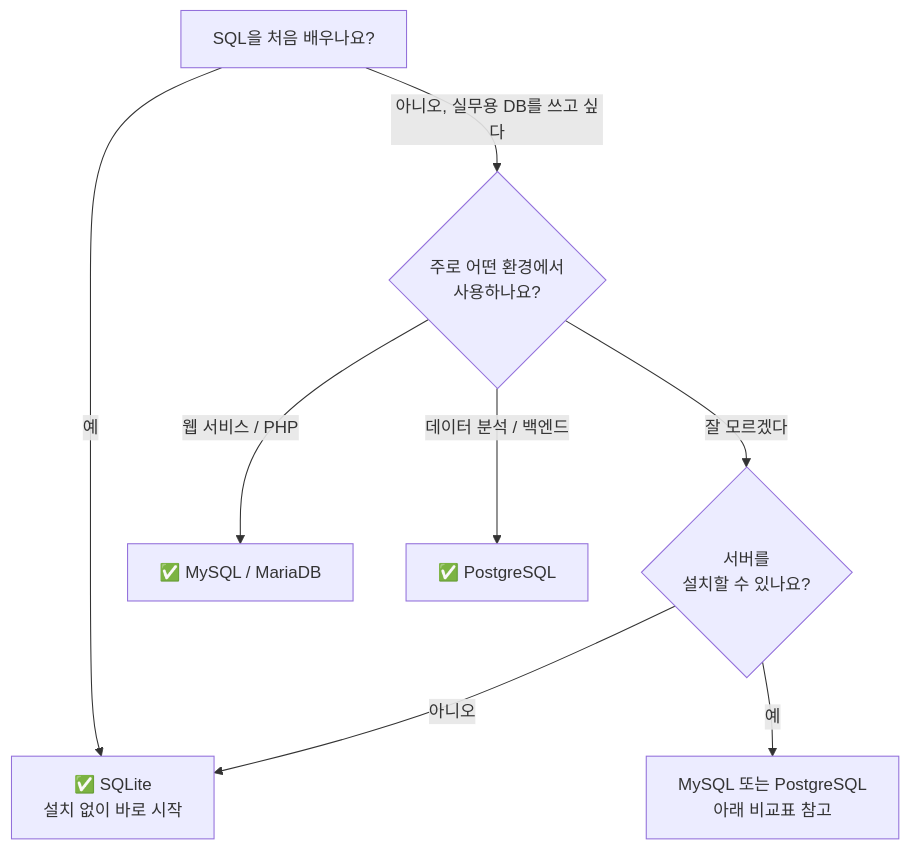
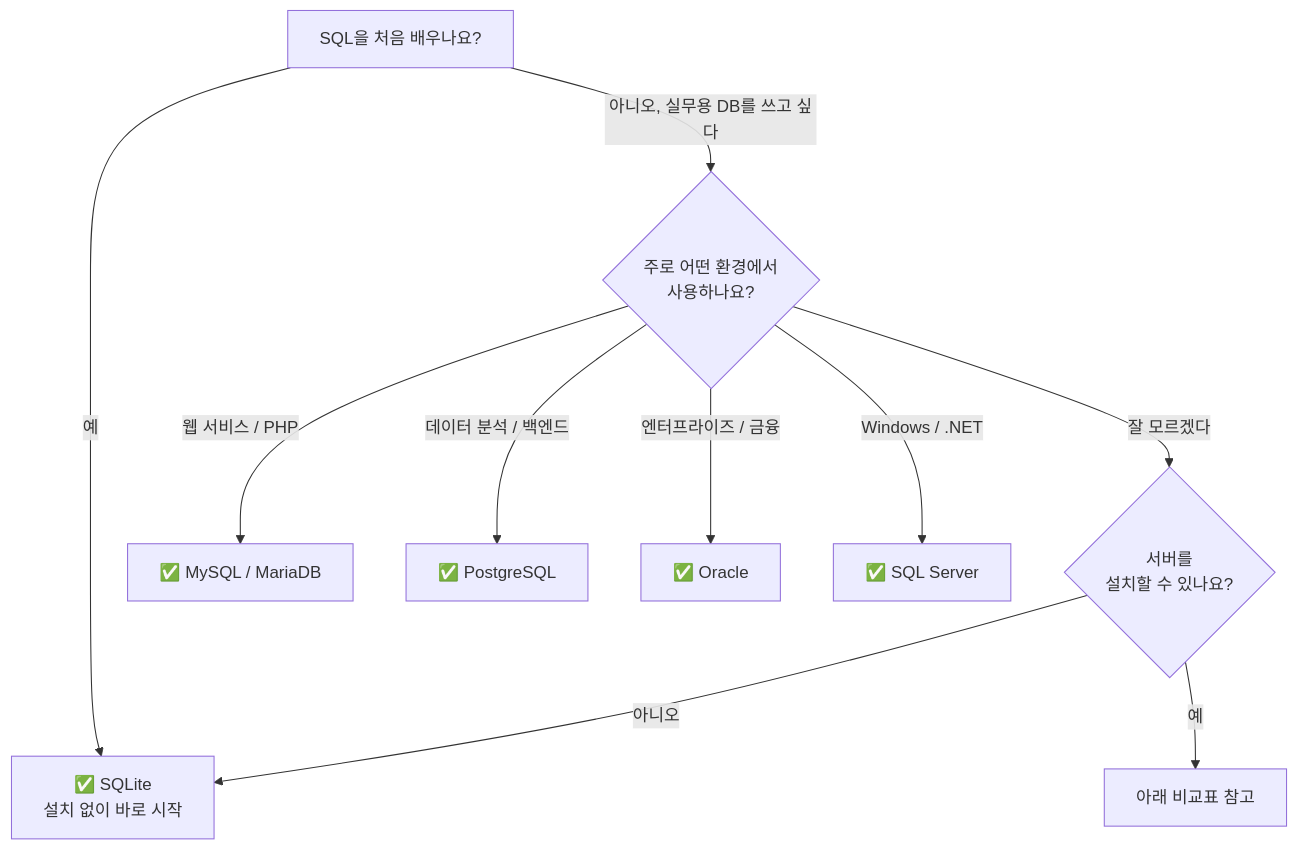
The diagram in docs/ko/setup/01-choose-db.md (civilian7/sql-tutorial), drawn with Mermaid before and after one commit. The commit also changed other lines of this file and 9 other files, not shown here.

First line of the commit message:
튜토리얼 문서: Oracle / SQL Server 5개 DB 지원 반영

````diff
--- a/docs/ko/setup/01-choose-db.md
+++ b/docs/ko/setup/01-choose-db.md
@@ -9,14 +9,15 @@
 ```mermaid
 flowchart TD
     A["SQL을 처음 배우나요?"] -->|예| B["✅ SQLite
     설치 없이 바로 시작"]
     A -->|"아니오, 실무용 DB를 쓰고 싶다"| C{"주로 어떤 환경에서
     사용하나요?"}
     C -->|"웹 서비스 / PHP"| D["✅ MySQL / MariaDB"]
     C -->|"데이터 분석 / 백엔드"| E["✅ PostgreSQL"]
+    C -->|"엔터프라이즈 / 금융"| H["✅ Oracle"]
+    C -->|"Windows / .NET"| I["✅ SQL Server"]
     C -->|"잘 모르겠다"| F{"서버를
     설치할 수 있나요?"}
     F -->|아니오| B
-    F -->|예| G["MySQL 또는 PostgreSQL
-    아래 비교표 참고"]
+    F -->|예| G["아래 비교표 참고"]
 ```
````
